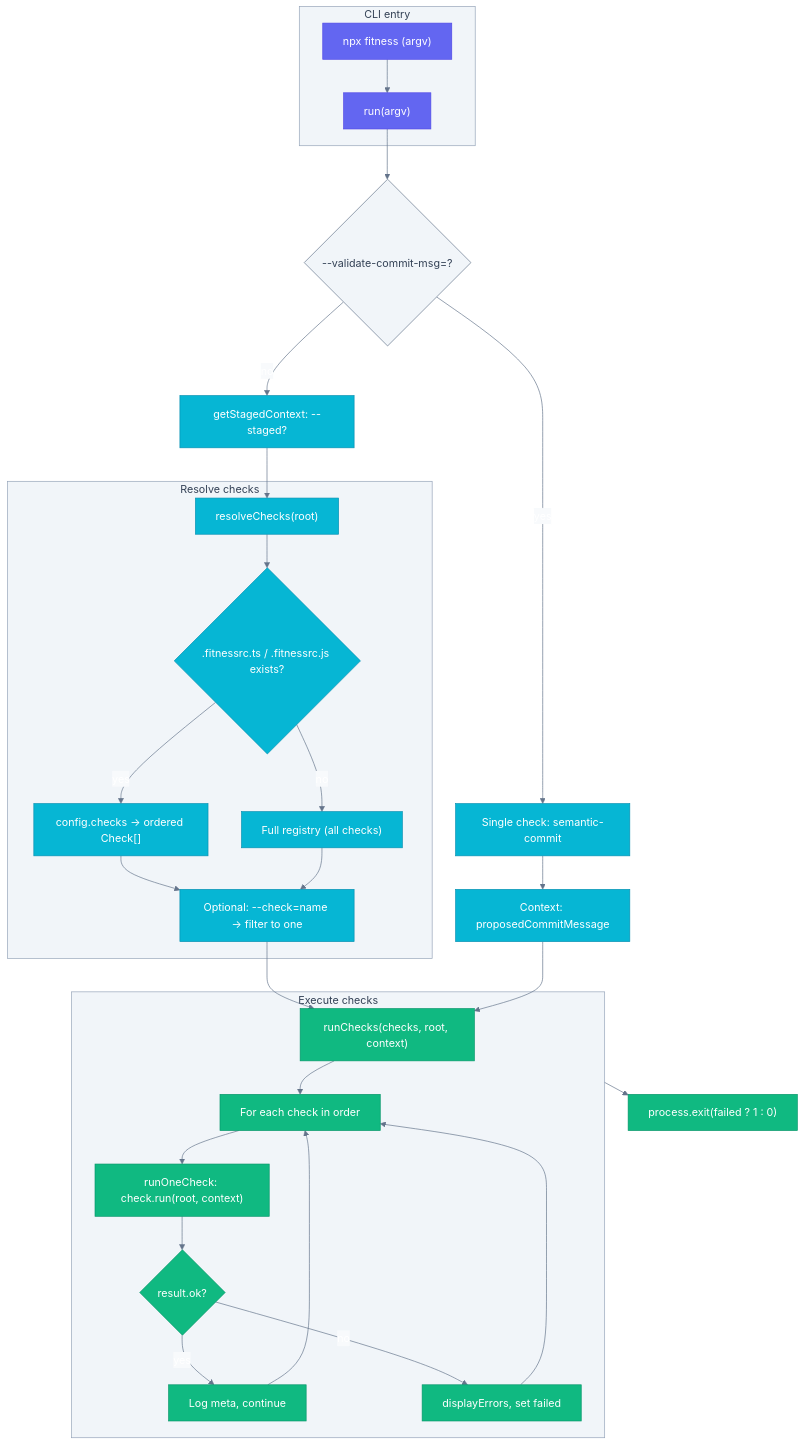
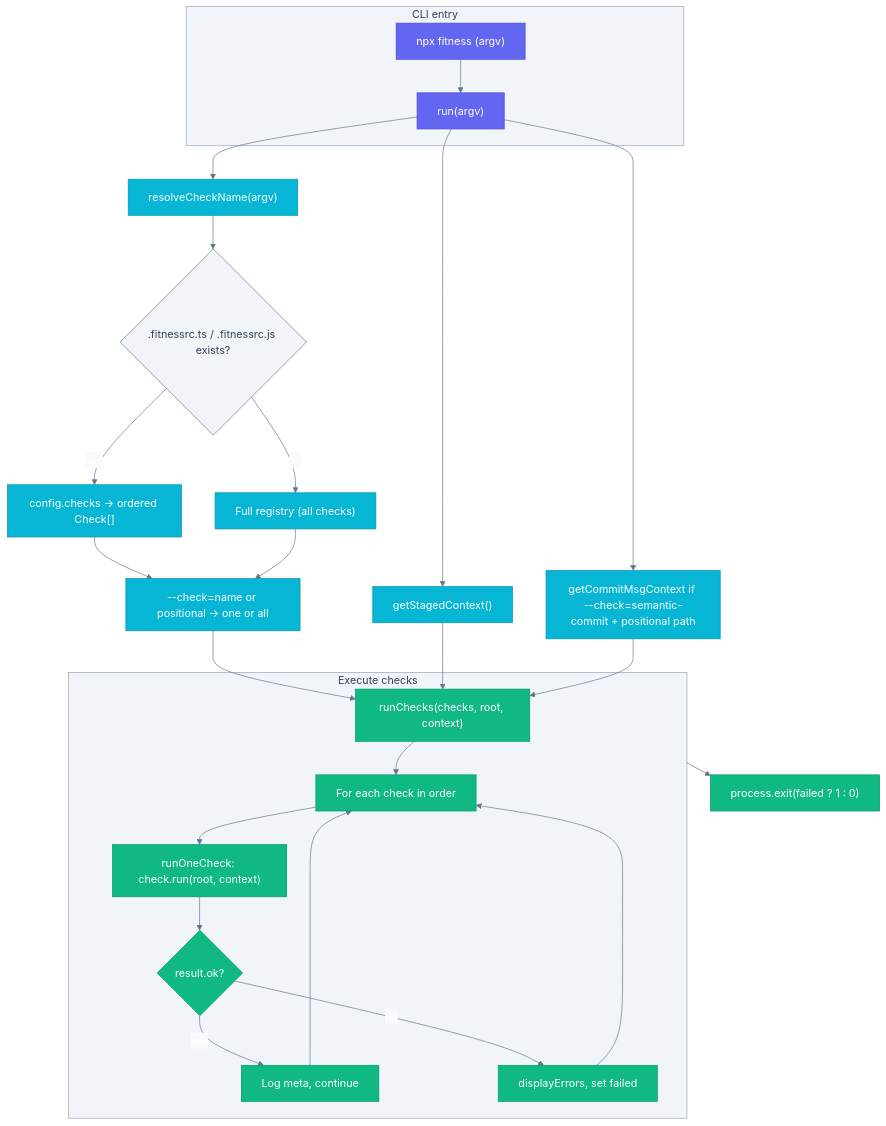
One commit to may-journal/fitness-runner changed the diagram in README.md. Above: the diagram before and after it, drawn with Mermaid. The commit also changed other lines of this file and 9 other files, not shown here.

First line of the commit message:
refactor(runner): single CLI flag --check= only; full coverage

````diff
--- a/README.md
+++ b/README.md
@@ -73,65 +64,60 @@
 ```mermaid
 %%{init: {'theme':'base', 'themeVariables': {
   'primaryColor':'#6366f1',
   'primaryTextColor':'#fff',
   'primaryBorderColor':'#4f46e5',
   'secondaryColor':'#06b6d4',
   'secondaryTextColor':'#fff',
   'secondaryBorderColor':'#0891b2',
   'tertiaryColor':'#10b981',
   'tertiaryTextColor':'#fff',
   'tertiaryBorderColor':'#059669',
   'lineColor':'#64748b',
   'background':'#f8fafc',
   'mainBkg':'#e0e7ff',
   'clusterBkg':'#f1f5f9',
   'clusterBorder':'#94a3b8',
   'titleColor':'#334155',
   'edgeLabelBackground':'#f8fafc',
   'nodeTextColor':'#1e293b',
   'fontFamily':'system-ui, sans-serif'
 }}}%%
 flowchart TD
   subgraph CLI["CLI entry"]
     A["npx fitness (argv)"]
     A --> B["run(argv)"]
   end
 
-  B --> C{"--validate-commit-msg=?"}
-  C -->|yes| D["Single check: semantic-commit"]
-  D --> Dctx["Context: proposedCommitMessage"]
-  C -->|no| E["getStagedContext: --staged?"]
-  E --> F["resolveChecks(root)"]
-
-  subgraph Resolve["Resolve checks"]
-    F --> G{".fitnessrc.ts / .fitnessrc.js exists?"}
-    G -->|yes| H["config.checks → ordered Check[]"]
-    G -->|no| I["Full registry (all checks)"]
-    H --> J["Optional: --check=name → filter to one"]
-    I --> J
-  end
-
+  B --> F["resolveCheckName(argv)"]
+  F --> G{".fitnessrc.ts / .fitnessrc.js exists?"}
+  G -->|yes| H["config.checks → ordered Check[]"]
+  G -->|no| I["Full registry (all checks)"]
+  H --> J["--check=name or positional → one or all"]
+  I --> J
   J --> K["runChecks(checks, root, context)"]
+  B --> E["getStagedContext()"]
+  B --> Dctx["getCommitMsgContext if --check=semantic-commit + positional path"]
+  E --> K
+  Dctx --> K
 
   subgraph Execute["Execute checks"]
     K --> L["For each check in order"]
     L --> M["runOneCheck: check.run(root, context)"]
     M --> N{"result.ok?"}
     N -->|yes| O["Log meta, continue"]
     N -->|no| P["displayErrors, set failed"]
     O --> L
     P --> L
   end
 
-  Dctx --> K
   Execute --> Q["process.exit(failed ? 1 : 0)"]
 
   classDef cli fill:#6366f1,stroke:#4f46e5,color:#fff
   classDef resolve fill:#06b6d4,stroke:#0891b2,color:#fff
   classDef execute fill:#10b981,stroke:#059669,color:#fff
   classDef decision fill:#f1f5f9,stroke:#64748b,color:#334155
   class A,B cli
-  class D,Dctx,E,F,G,H,I,J resolve
+  class Dctx,E,F,G,H,I,J resolve
   class K,L,M,N,O,P,Q execute
-  class C decision
+  class G decision
 ```
````
